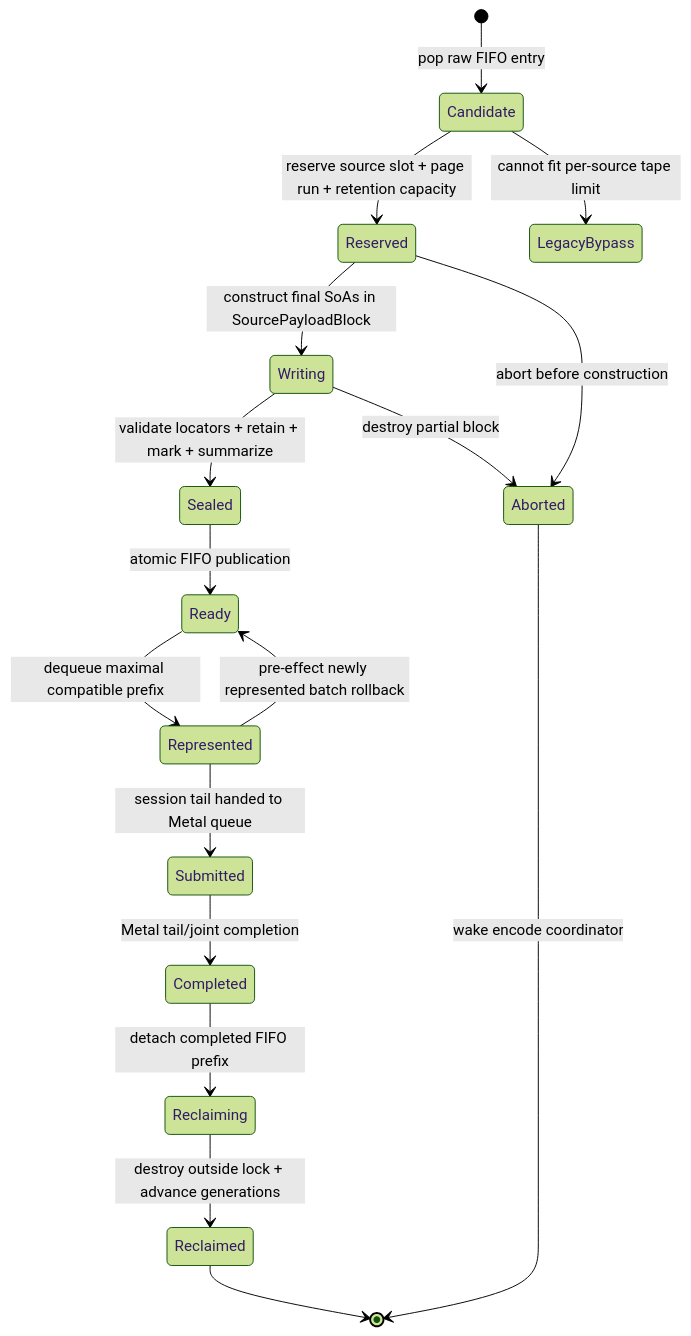
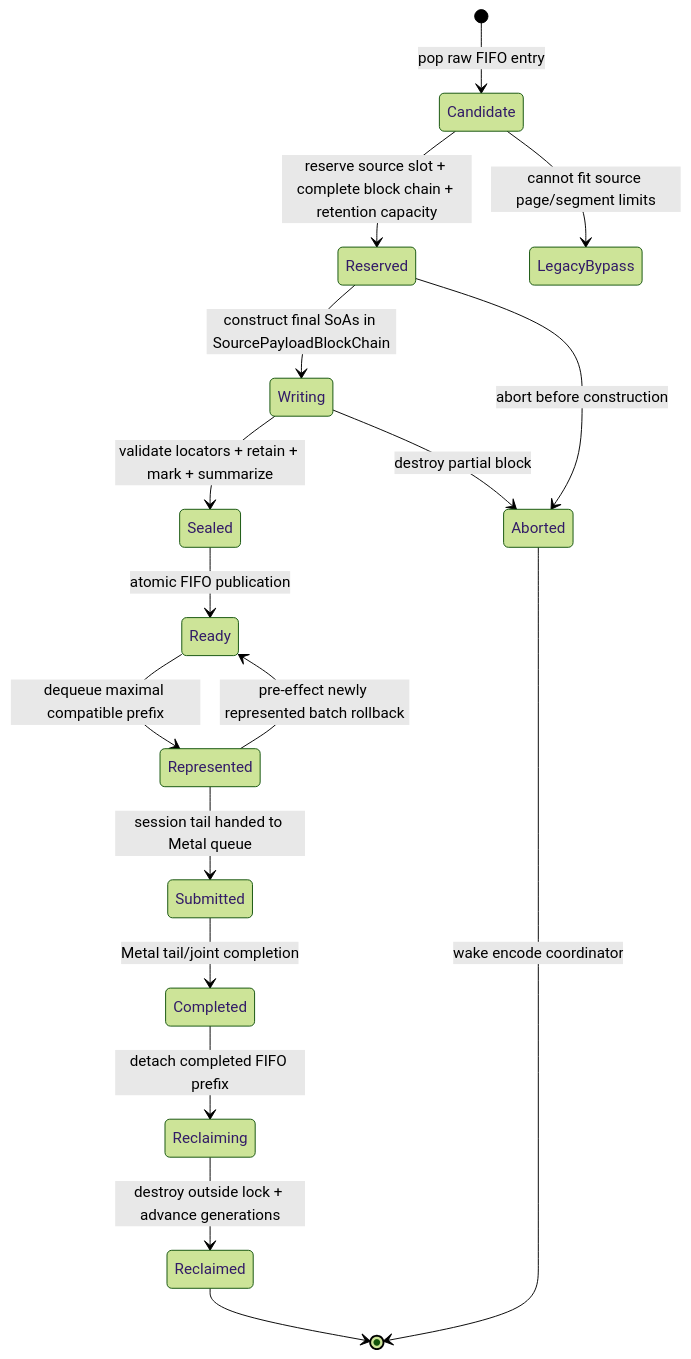
The second of 3 diagrams in specs/backend/encode-scheduling/spec.md (dfdgsdfg/dxmt9), drawn with Mermaid (forest theme) before and after one commit. The commit also changed other lines of this file and 47 other files, not shown here.

````diff
--- a/specs/backend/encode-scheduling/spec.md
+++ b/specs/backend/encode-scheduling/spec.md
@@ -177,20 +197,20 @@
 ```mermaid
 stateDiagram-v2
   [*] --> Candidate: pop raw FIFO entry
-  Candidate --> Reserved: reserve source slot + page run + retention capacity
-  Reserved --> Writing: construct final SoAs in SourcePayloadBlock
+  Candidate --> Reserved: reserve source slot + complete block chain + retention capacity
+  Reserved --> Writing: construct final SoAs in SourcePayloadBlockChain
   Writing --> Sealed: validate locators + retain + mark + summarize
   Sealed --> Ready: atomic FIFO publication
   Ready --> Represented: dequeue maximal compatible prefix
   Represented --> Ready: pre-effect newly represented batch rollback
   Represented --> Submitted: session tail handed to Metal queue
   Submitted --> Completed: Metal tail/joint completion
   Completed --> Reclaiming: detach completed FIFO prefix
   Reclaiming --> Reclaimed: destroy outside lock + advance generations
   Reclaimed --> [*]
 
-  Candidate --> LegacyBypass: cannot fit per-source tape limit
+  Candidate --> LegacyBypass: cannot fit source page/segment limits
   Reserved --> Aborted: abort before construction
   Writing --> Aborted: destroy partial block
   Aborted --> [*]: wake encode coordinator
 ```
````
